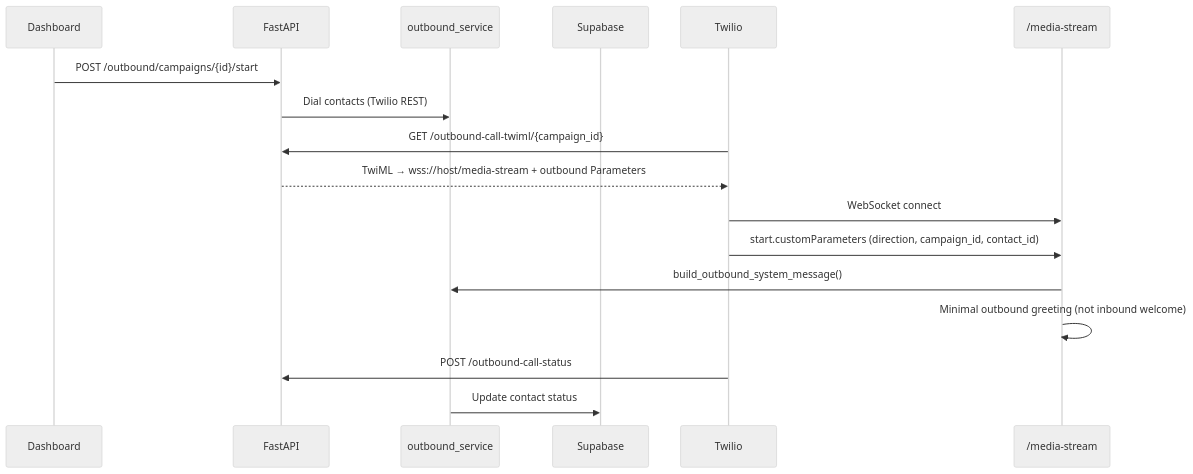
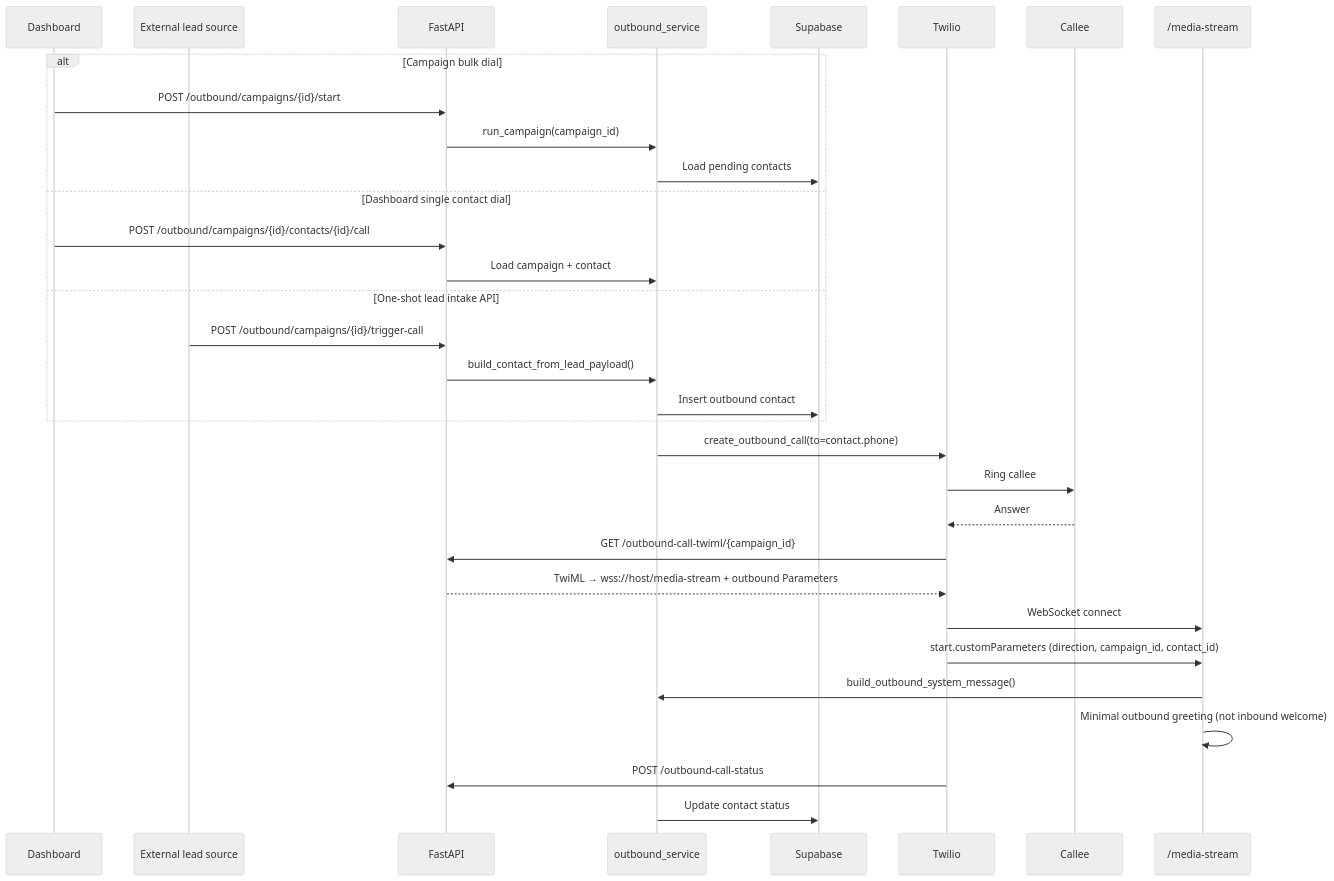
The ninth of 22 diagrams in docs/DIAGRAMS.md (aymalkhalid/Starter-Agent-InBound-OutBound-Twilio-Speech-Assistant-OpenAi-Realtime-Api-Python), drawn with Mermaid (neutral theme) before and after one commit. The commit also changed other lines of this file and 4 other files, not shown here.

First line of the commit message:
Update README and architecture docs with corrected Mermaid flows.

````diff
--- a/docs/DIAGRAMS.md
+++ b/docs/DIAGRAMS.md
@@ -329,20 +329,36 @@
 ```mermaid
 sequenceDiagram
     participant D as Dashboard
+    participant X as External lead source
     participant F as FastAPI
     participant OBS as outbound_service
     participant SB as Supabase
     participant T as Twilio
+    participant C as Callee
     participant MS as /media-stream
 
-    D->>F: POST /outbound/campaigns/{id}/start
-    F->>OBS: Dial contacts (Twilio REST)
+    alt Campaign bulk dial
+        D->>F: POST /outbound/campaigns/{id}/start
+        F->>OBS: run_campaign(campaign_id)
+        OBS->>SB: Load pending contacts
+    else Dashboard single contact dial
+        D->>F: POST /outbound/campaigns/{id}/contacts/{id}/call
+        F->>OBS: Load campaign + contact
+    else One-shot lead intake API
+        X->>F: POST /outbound/campaigns/{id}/trigger-call
+        F->>OBS: build_contact_from_lead_payload()
+        OBS->>SB: Insert outbound contact
+    end
+
+    OBS->>T: create_outbound_call(to=contact.phone)
+    T->>C: Ring callee
+    C-->>T: Answer
     T->>F: GET /outbound-call-twiml/{campaign_id}
     F-->>T: TwiML → wss://host/media-stream + outbound Parameters
     T->>MS: WebSocket connect
     T->>MS: start.customParameters (direction, campaign_id, contact_id)
     MS->>OBS: build_outbound_system_message()
     MS->>MS: Minimal outbound greeting (not inbound welcome)
     T->>F: POST /outbound-call-status
     OBS->>SB: Update contact status
 ```
````
